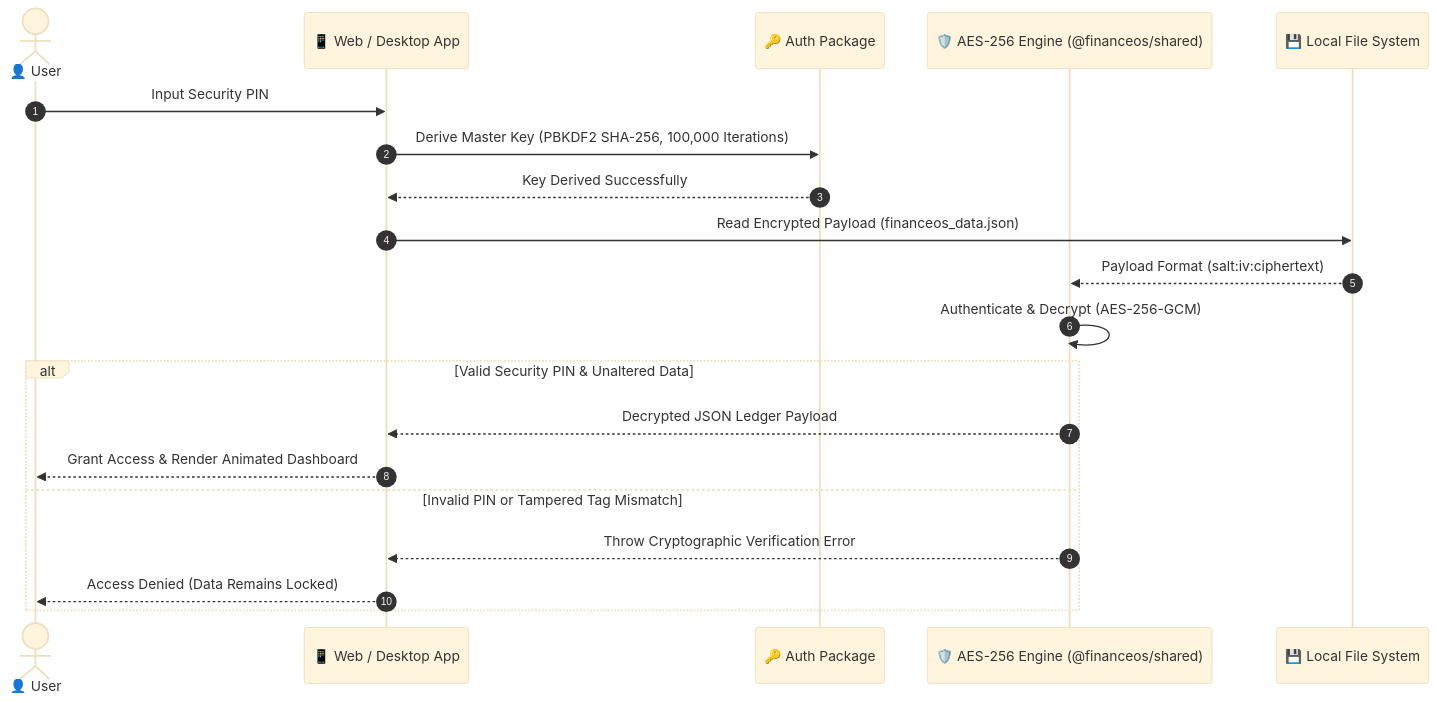
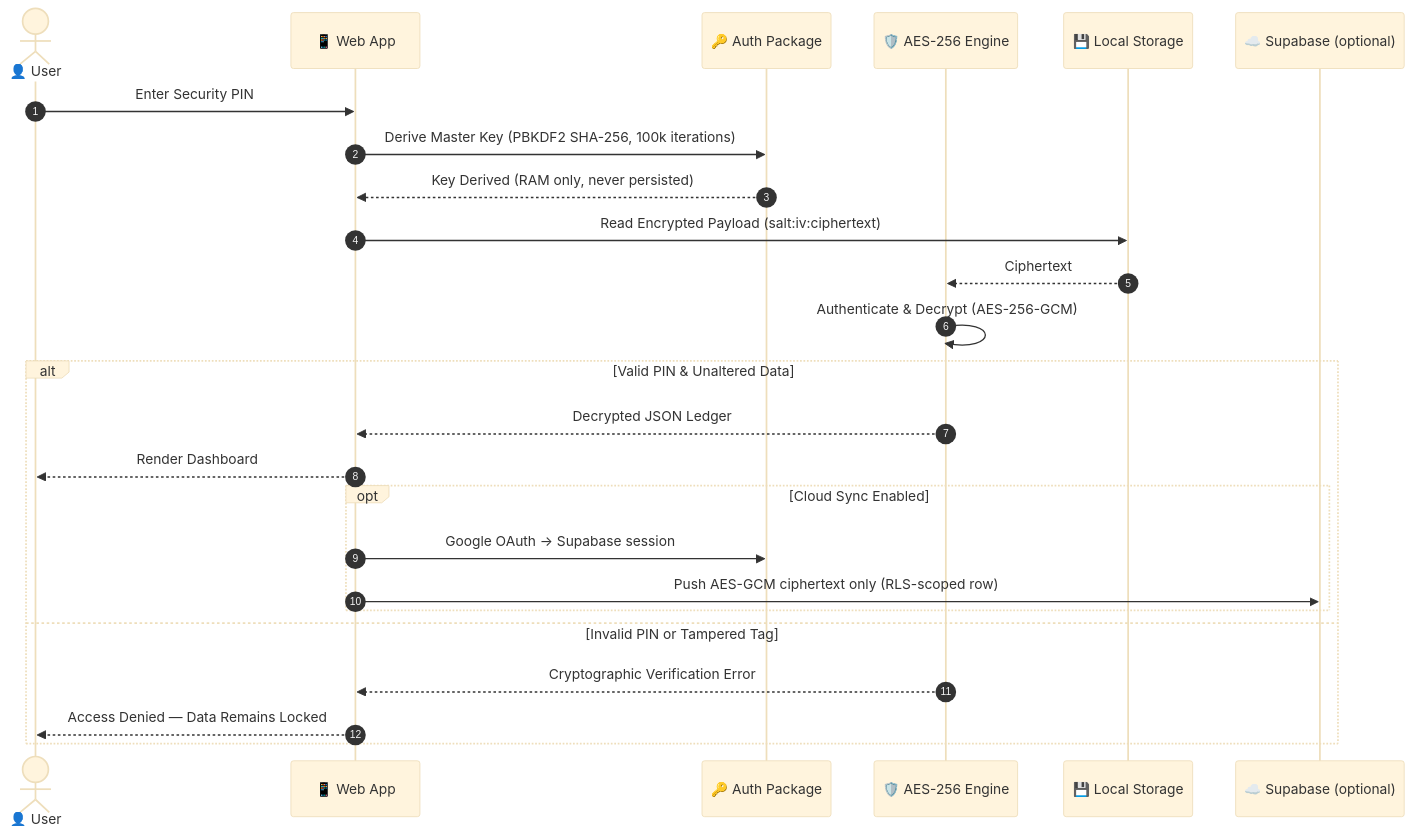
One commit to AnuroopSrivastava/MyFinanceOS changed the third of 3 diagrams in README.md. Above: the diagram before and after it, drawn with Mermaid (base theme). The commit also changed other lines of this file and 526 other files, not shown here.

Commit message:
feat: Next.js App Router migration, Supabase backend integration, UI component system & comprehensive test suite

````diff
--- a/README.md
+++ b/README.md
@@ -183,24 +267,29 @@
 ```mermaid
 sequenceDiagram
     autonumber
     actor User as 👤 User
-    participant App as 📱 Web / Desktop App
+    participant App as 📱 Web App
     participant Auth as 🔑 Auth Package
-    participant Engine as 🛡️ AES-256 Engine (@financeos/shared)
-    participant Storage as 💾 Local File System
+    participant Engine as 🛡️ AES-256 Engine
+    participant Local as 💾 Local Storage
+    participant Cloud as ☁️ Supabase (optional)
 
-    User->>App: Input Security PIN
-    App->>Auth: Derive Master Key (PBKDF2 SHA-256, 100,000 Iterations)
-    Auth-->>App: Key Derived Successfully
-    App->>Storage: Read Encrypted Payload (financeos_data.json)
-    Storage-->>Engine: Payload Format (salt:iv:ciphertext)
+    User->>App: Enter Security PIN
+    App->>Auth: Derive Master Key (PBKDF2 SHA-256, 100k iterations)
+    Auth-->>App: Key Derived (RAM only, never persisted)
+    App->>Local: Read Encrypted Payload (salt:iv:ciphertext)
+    Local-->>Engine: Ciphertext
     Engine->>Engine: Authenticate & Decrypt (AES-256-GCM)
 
-    alt Valid Security PIN & Unaltered Data
-        Engine-->>App: Decrypted JSON Ledger Payload
-        App-->>User: Grant Access & Render Animated Dashboard
-    else Invalid PIN or Tampered Tag Mismatch
-        Engine-->>App: Throw Cryptographic Verification Error
-        App-->>User: Access Denied (Data Remains Locked)
+    alt Valid PIN & Unaltered Data
+        Engine-->>App: Decrypted JSON Ledger
+        App-->>User: Render Dashboard
+        opt Cloud Sync Enabled
+            App->>Auth: Google OAuth → Supabase session
+            App->>Cloud: Push AES-GCM ciphertext only (RLS-scoped row)
+        end
+    else Invalid PIN or Tampered Tag
+        Engine-->>App: Cryptographic Verification Error
+        App-->>User: Access Denied — Data Remains Locked
     end
 ```
````
